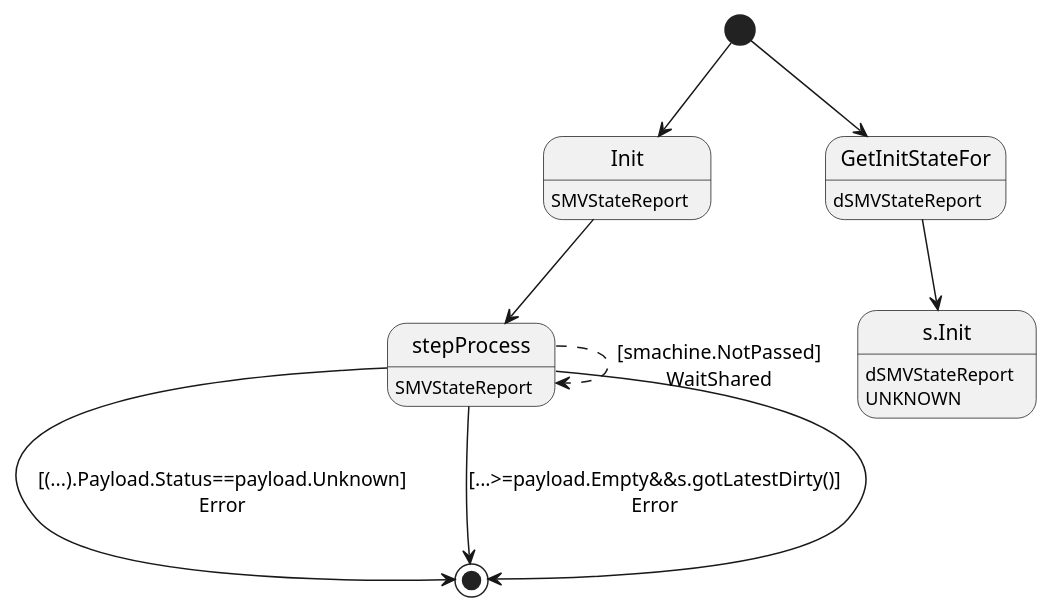
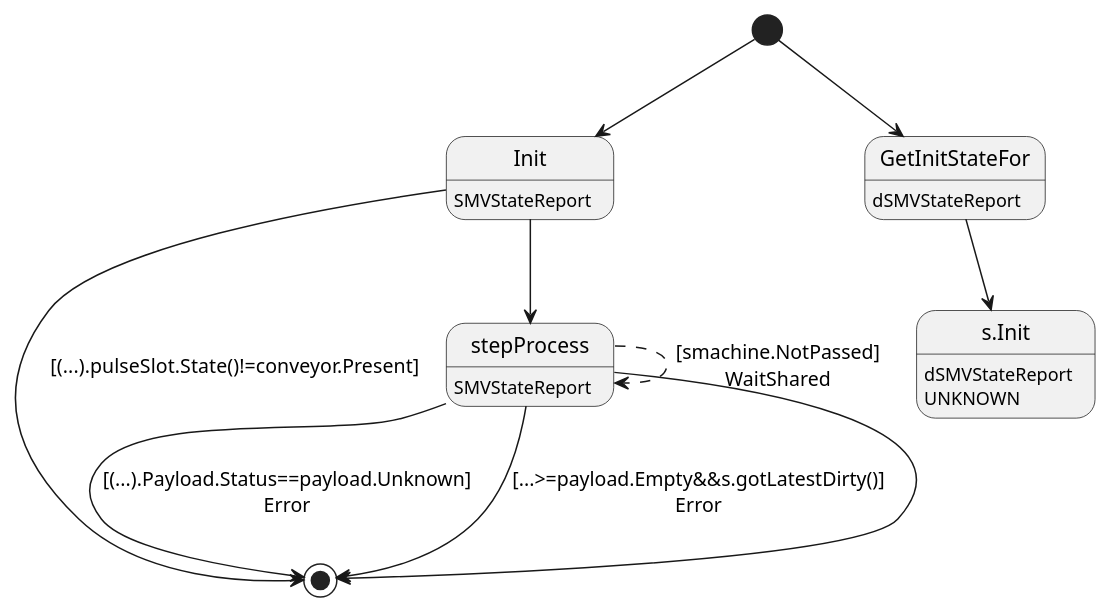
Before and after one commit to insolar/assured-ledger: the diagram in ledger-core/virtual/handlers/vstatereport.plantuml, drawn with PlantUML. The commit also changed 2 other files, not shown here.

```diff
--- a/ledger-core/virtual/handlers/vstatereport.plantuml
+++ b/ledger-core/virtual/handlers/vstatereport.plantuml
@@ -1,19 +1,20 @@
 @startuml
 state "Init" as T01_S001
 T01_S001 : SMVStateReport
 [*] --> T01_S001
+T01_S001 --> [*] : [(...).pulseSlot.State()!=conveyor.Present]
 T01_S001 --> T01_S002
 state "stepProcess" as T01_S002
 T01_S002 : SMVStateReport
 T01_S002 --> [*] : [(...).Payload.Status==payload.Unknown]\nError
 T01_S002 --> [*] : [...>=payload.Empty&&s.gotLatestDirty()]\nError
 T01_S002 --[dashed]> T01_S002 : [smachine.NotPassed]\nWaitShared
 T01_S002 --> [*]
 state "GetInitStateFor" as T00_S001
 T00_S001 : dSMVStateReport
 [*] --> T00_S001
 state "s.Init" as T00_U001
 T00_U001 : dSMVStateReport
 T00_U001 : UNKNOWN 
 T00_S001 --> T00_U001
 @enduml
```
